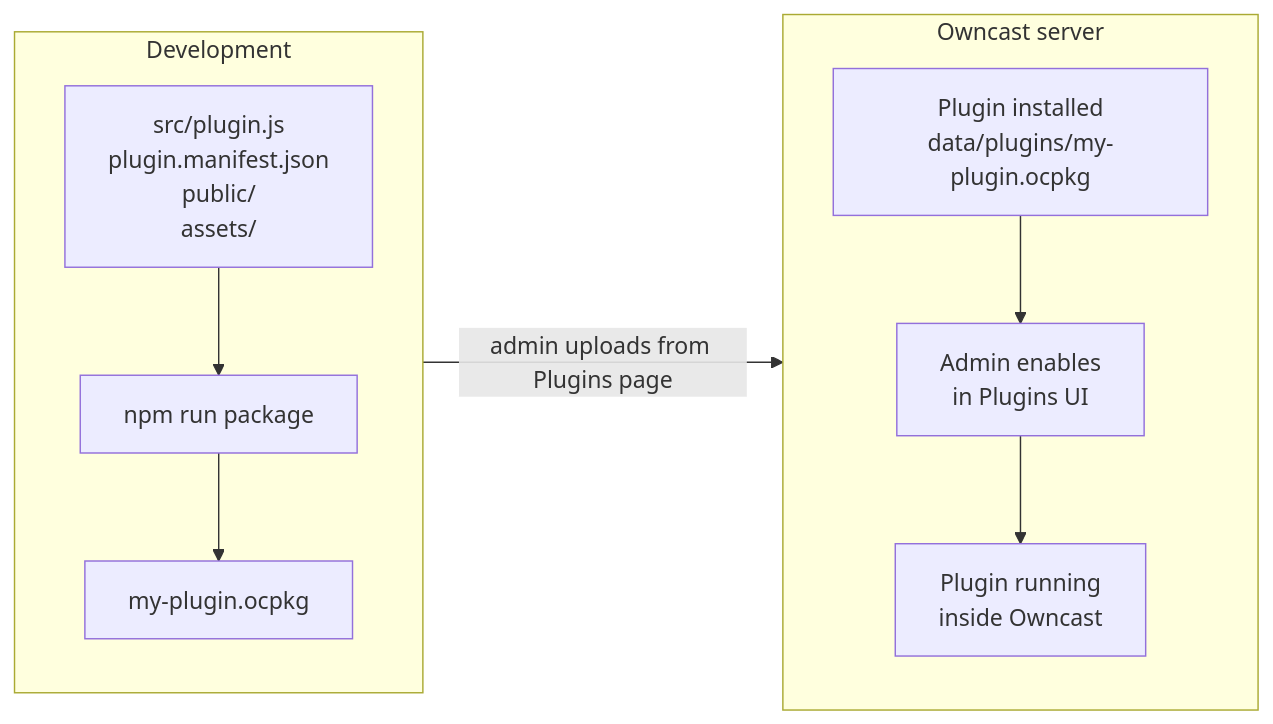
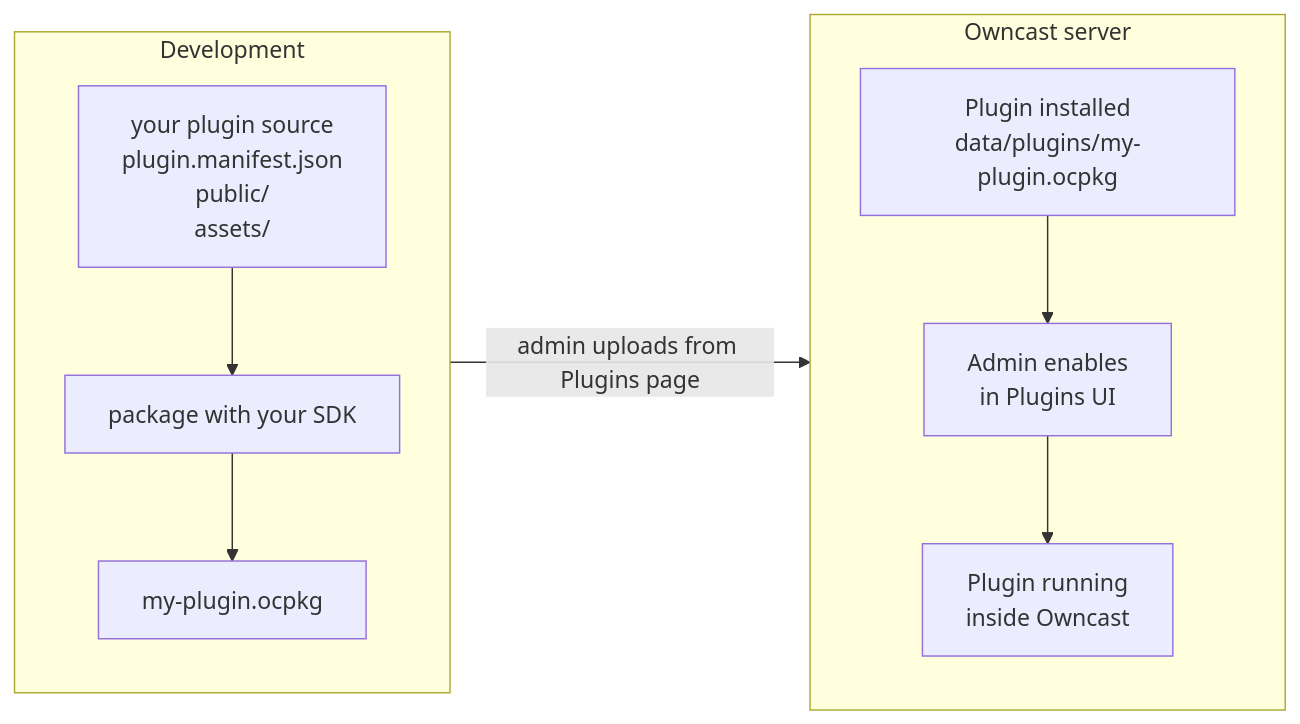
The diagram in docs/plugins/index.md (owncast/owncast.github.io), drawn with Mermaid before and after one commit. The commit also changed other lines of this file and 54 other files, not shown here.

````diff
--- a/docs/plugins/index.md
+++ b/docs/plugins/index.md
@@ -36,20 +36,20 @@
 ```mermaid
 flowchart LR
     subgraph Dev[Development]
         direction TB
-        Source["src/plugin.js<br/>plugin.manifest.json<br/>public/<br/>assets/"]
-        Build["npm run package"]
+        Source["your plugin source<br/>plugin.manifest.json<br/>public/<br/>assets/"]
+        Build["package with your SDK"]
         Pkg["my-plugin.ocpkg"]
         Source --> Build --> Pkg
     end
 
     subgraph Server[Owncast server]
         direction TB
         Dir["Plugin installed<br/>data/plugins/my-plugin.ocpkg"]
         Admin["Admin enables<br/>in Plugins UI"]
         Running["Plugin running<br/>inside Owncast"]
         Dir --> Admin --> Running
     end
 
     Pkg -->|admin uploads from Plugins page| Dir
 ```
````
